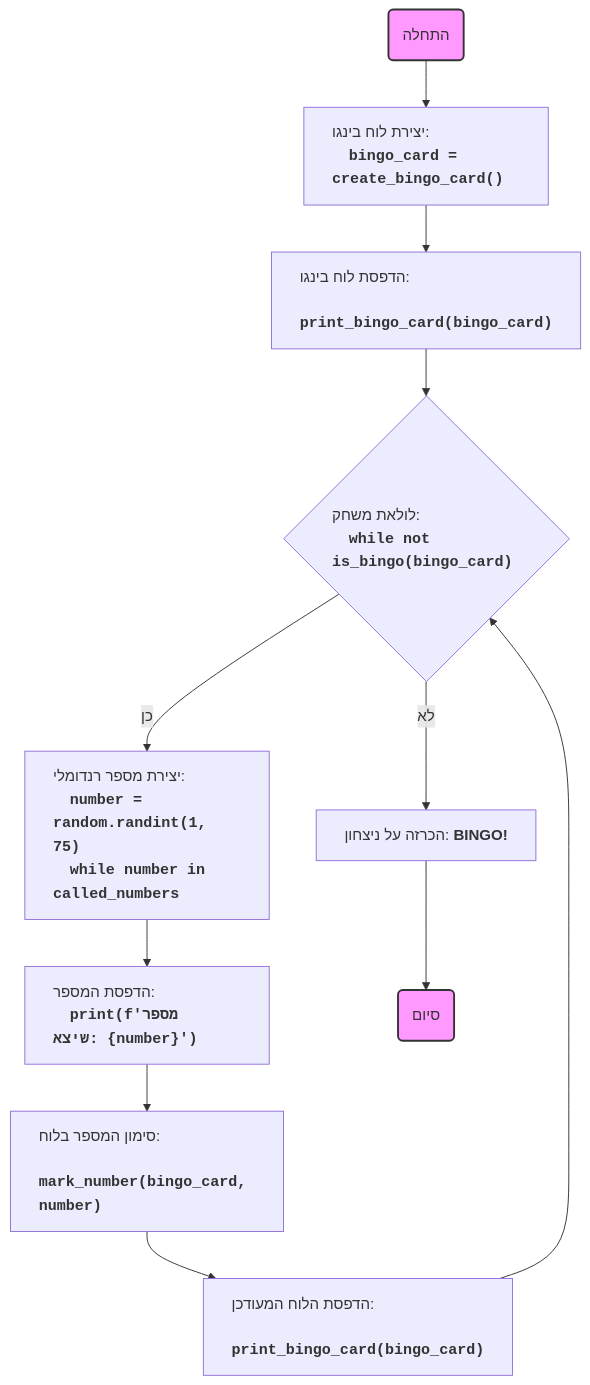
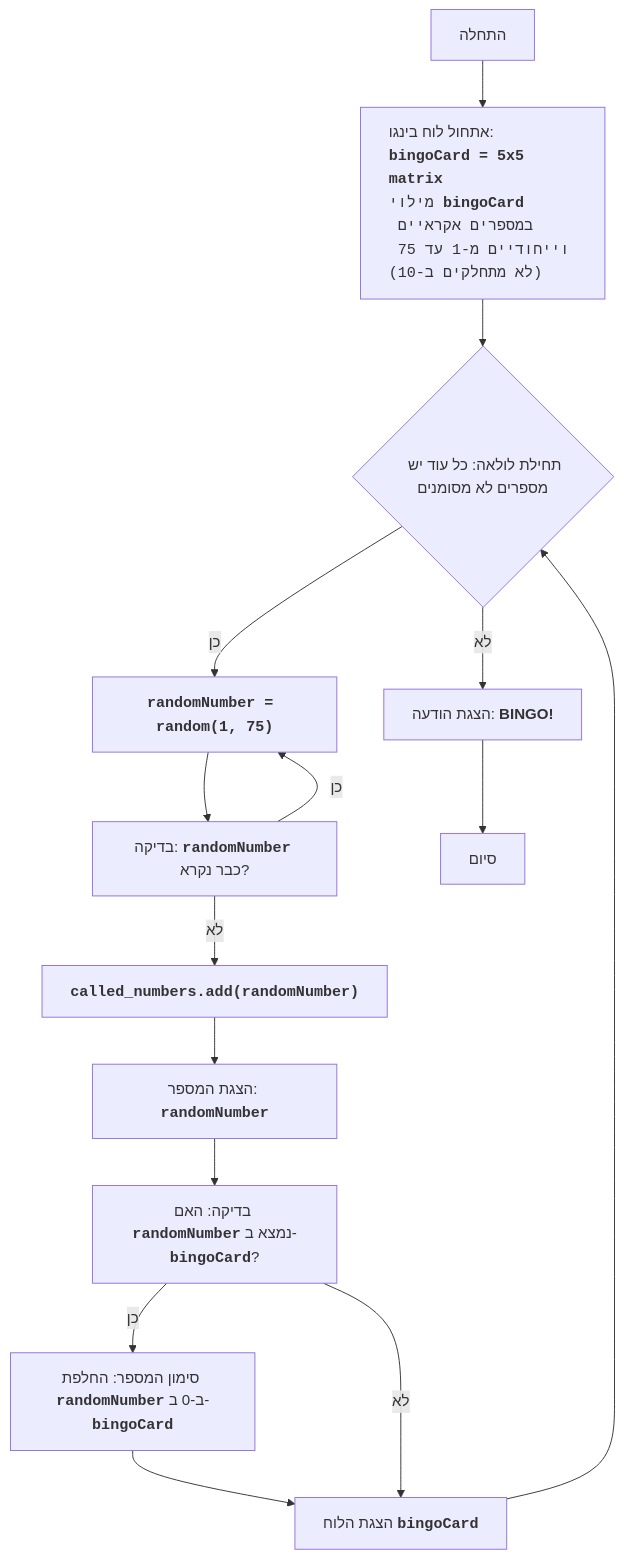
Before and after one commit to hypo69/hypo: the diagram in docs/gemini/he/explainer/src/endpoints/ai_games/101_basic_computer_games/ru/GAMES/BINGO/bingo.py.md, drawn with Mermaid. The commit also changed other lines of this file and 885 other files, not shown here.

````diff
--- a/docs/gemini/he/explainer/src/endpoints/ai_games/101_basic_computer_games/ru/GAMES/BINGO/bingo.py.md
+++ b/docs/gemini/he/explainer/src/endpoints/ai_games/101_basic_computer_games/ru/GAMES/BINGO/bingo.py.md
@@ -54,17 +38,19 @@
 ```mermaid
 flowchart TD
-    Start("התחלה") --> CreateCard["<p align='left'>יצירת לוח בינגו: \n    <code><b>bingo_card = create_bingo_card()</b></code></p>"]
-    CreateCard --> PrintCard["<p align='left'>הדפסת לוח בינגו:\n    <code><b>print_bingo_card(bingo_card)</b></code></p>"]
-    PrintCard --> LoopStart{"<p align='left'>לולאת משחק:\n    <code><b>while not is_bingo(bingo_card)</b></code></p>"}
-    LoopStart -- "כן" --> GenerateNumber["<p align='left'>יצירת מספר רנדומלי:\n    <code><b>number = random.randint(1, 75)</b></code>\n    <code><b>while number in called_numbers</b></code></p>"]
-    GenerateNumber --> OutputNumber["<p align='left'>הדפסת המספר:\n    <code><b>print(f'מספר שיצא: {number}')</b></code></p>"]
-    OutputNumber --> MarkNumber["<p align='left'>סימון המספר בלוח:\n    <code><b>mark_number(bingo_card, number)</b></code></p>"]
-    MarkNumber --> PrintUpdatedCard["<p align='left'>הדפסת הלוח המעודכן:\n    <code><b>print_bingo_card(bingo_card)</b></code></p>"]
-    PrintUpdatedCard --> LoopStart
-    LoopStart -- "לא" --> OutputWin["הכרזה על ניצחון: <b>BINGO!</b>"]
-    OutputWin --> End("סיום")
-
-    style Start fill:#f9f,stroke:#333,stroke-width:2px
-    style End fill:#f9f,stroke:#333,stroke-width:2px
+    Start["התחלה"] --> InitializeBingoCard["<p align='left'>אתחול לוח בינגו: <br><code><b>bingoCard = 5x5 matrix</b><br>מילוי <code><b>bingoCard</b></code> במספרים אקראיים וייחודיים מ-1 עד 75 (לא מתחלקים ב-10)</code></p>"]
+    InitializeBingoCard --> LoopStart{"תחילת לולאה: כל עוד יש מספרים לא מסומנים"}
+    LoopStart -- כן --> GenerateRandomNumber["<code><b>randomNumber = random(1, 75)</b></code>"]
+    GenerateRandomNumber --> CheckCalledNumber["בדיקה: <code><b>randomNumber</b></code> כבר נקרא?"]
+    CheckCalledNumber -- כן --> GenerateRandomNumber
+    CheckCalledNumber -- לא --> AddCalledNumber["<code><b>called_numbers.add(randomNumber)</b></code>"]
+    AddCalledNumber --> OutputRandomNumber["הצגת המספר: <code><b>randomNumber</b></code>"]
+    OutputRandomNumber --> CheckNumberInCard["בדיקה: האם <code><b>randomNumber</b></code> נמצא ב-<code><b>bingoCard</b></code>?"]
+    CheckNumberInCard -- כן --> MarkNumberOnCard["סימון המספר: החלפת <code><b>randomNumber</b></code> ב-0 ב-<code><b>bingoCard</b></code>"]
+    MarkNumberOnCard --> OutputBingoCard["הצגת הלוח <code><b>bingoCard</b></code>"]
+    OutputBingoCard --> LoopStart
+    CheckNumberInCard -- לא --> OutputBingoCard
+    LoopStart -- לא --> OutputWin["הצגת הודעה: <b>BINGO!</b>"]
+    OutputWin --> End["סיום"]
+    
 
 ```
````
